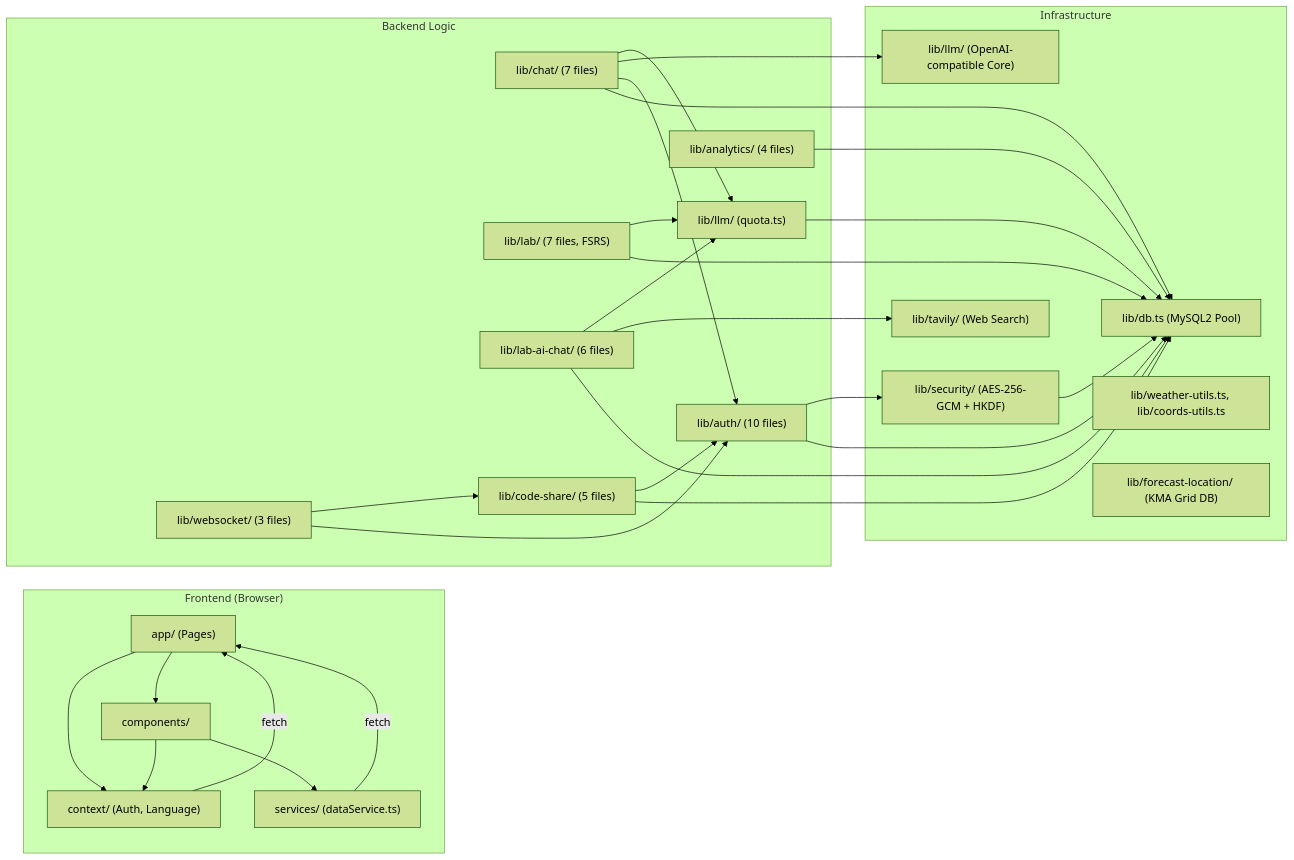
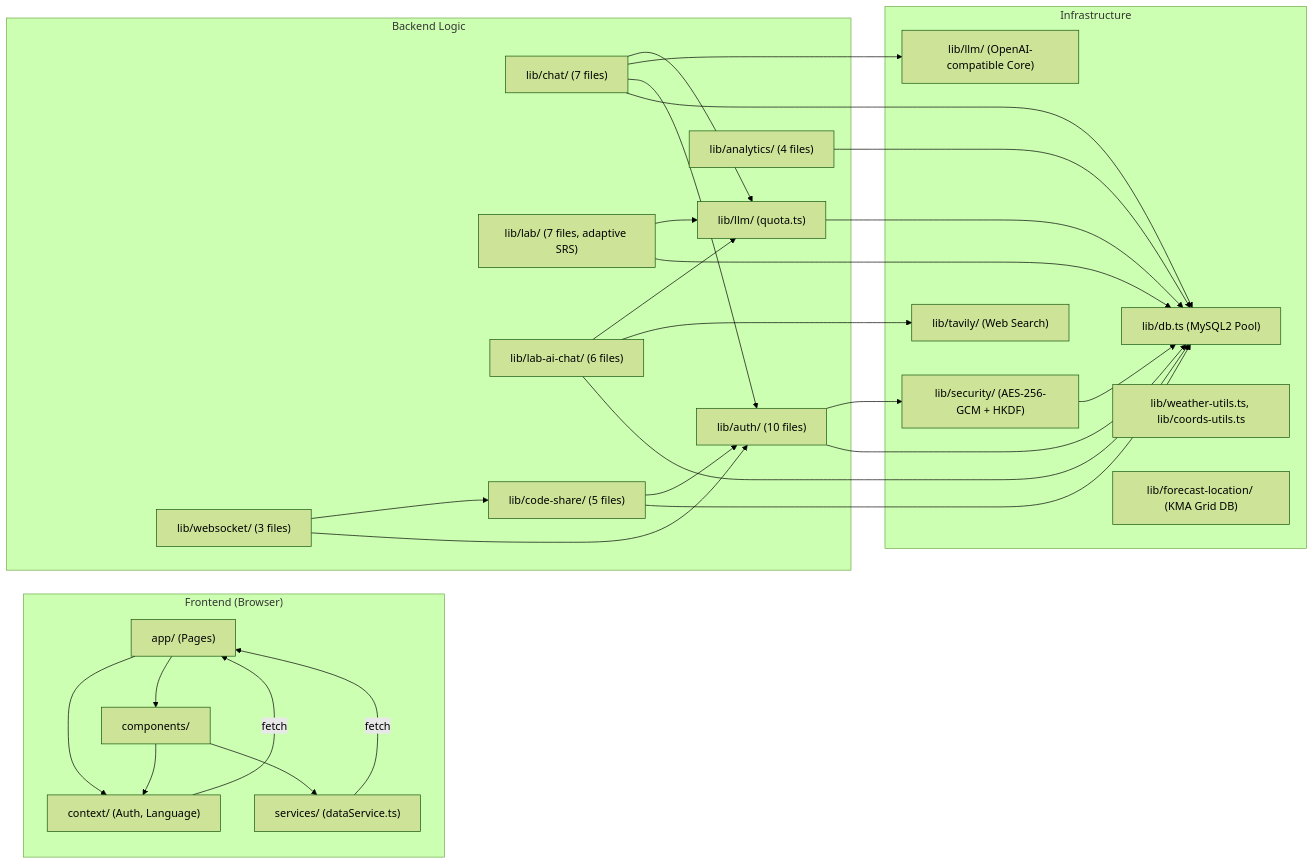
One commit to kim0040/Nadeulhae changed the tenth of 17 diagrams in docs/ARCHITECTURE_UML.md. Above: the diagram before and after it, drawn with Mermaid (forest theme). The commit also changed other lines of this file and 31 other files, not shown here.

````diff
--- a/docs/ARCHITECTURE_UML.md
+++ b/docs/ARCHITECTURE_UML.md
@@ -1000,57 +1000,57 @@
 ```mermaid
 graph LR
     subgraph Frontend["Frontend (Browser)"]
         PAGES["app/ (Pages)"]
         COMPONENTS["components/"]
         CONTEXT["context/ (Auth, Language)"]
         SERVICES["services/ (dataService.ts)"]
     end
 
     subgraph Backend["Backend Logic"]
         AUTH_LIB["lib/auth/ (10 files)"]
         CHAT_LIB["lib/chat/ (7 files)"]
-        LAB_LIB["lib/lab/ (7 files, FSRS)"]
+        LAB_LIB["lib/lab/ (7 files, adaptive SRS)"]
         LAB_AI_LIB["lib/lab-ai-chat/ (6 files)"]
         CODE_SHARE_LIB["lib/code-share/ (5 files)"]
         WS_LIB["lib/websocket/ (3 files)"]
         LLM_QUOTA["lib/llm/ (quota.ts)"]
         ANALYTICS_LIB["lib/analytics/ (4 files)"]
     end
 
     subgraph Infrastructure["Infrastructure"]
         DB_LIB["lib/db.ts (MySQL2 Pool)"]
         SECURITY_LIB["lib/security/ (AES-256-GCM + HKDF)"]
         LLM_CLIENT["lib/llm/ (OpenAI-compatible Core)"]
         TAVILY_LIB["lib/tavily/ (Web Search)"]
         WEATHER_UTILS["lib/weather-utils.ts, lib/coords-utils.ts"]
         FORECAST_GRID["lib/forecast-location/ (KMA Grid DB)"]
     end
 
     PAGES --> COMPONENTS
     PAGES --> CONTEXT
     COMPONENTS --> CONTEXT
     COMPONENTS --> SERVICES
 
     AUTH_LIB --> DB_LIB
     AUTH_LIB --> SECURITY_LIB
     CHAT_LIB --> DB_LIB
     CHAT_LIB --> AUTH_LIB
     CHAT_LIB --> LLM_CLIENT
     CHAT_LIB --> LLM_QUOTA
     LAB_LIB --> DB_LIB
     LAB_LIB --> LLM_QUOTA
     LAB_AI_LIB --> DB_LIB
     LAB_AI_LIB --> TAVILY_LIB
     LAB_AI_LIB --> LLM_QUOTA
     CODE_SHARE_LIB --> DB_LIB
     CODE_SHARE_LIB --> AUTH_LIB
     WS_LIB --> AUTH_LIB
     WS_LIB --> CODE_SHARE_LIB
     ANALYTICS_LIB --> DB_LIB
 
     SECURITY_LIB --> DB_LIB
     LLM_QUOTA --> DB_LIB
 
     SERVICES -->|fetch| PAGES
     CONTEXT -->|fetch| PAGES
 ```
````
